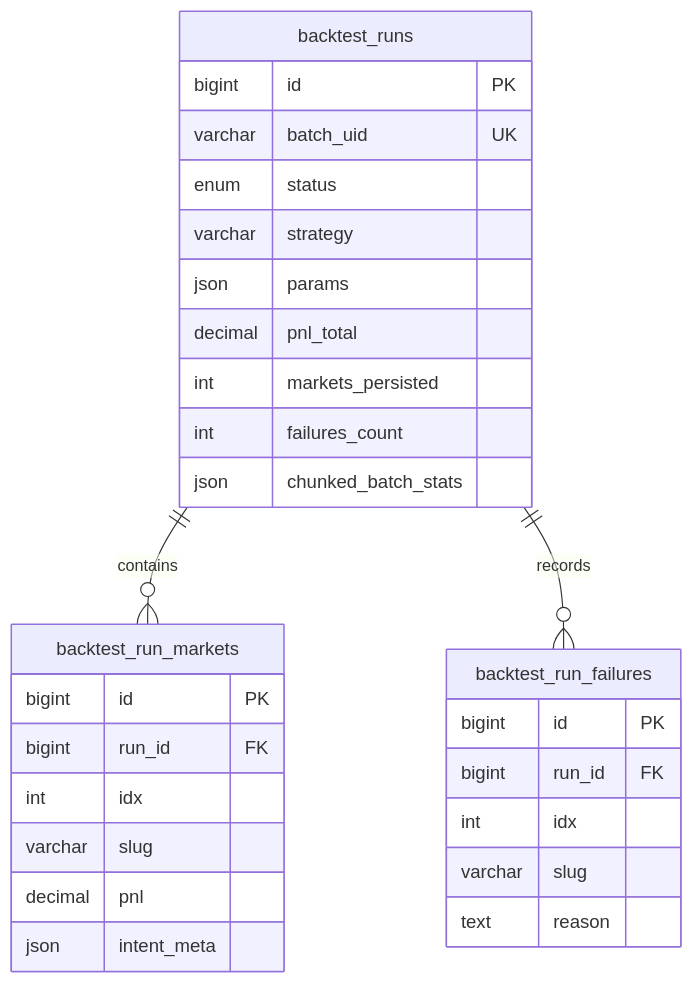
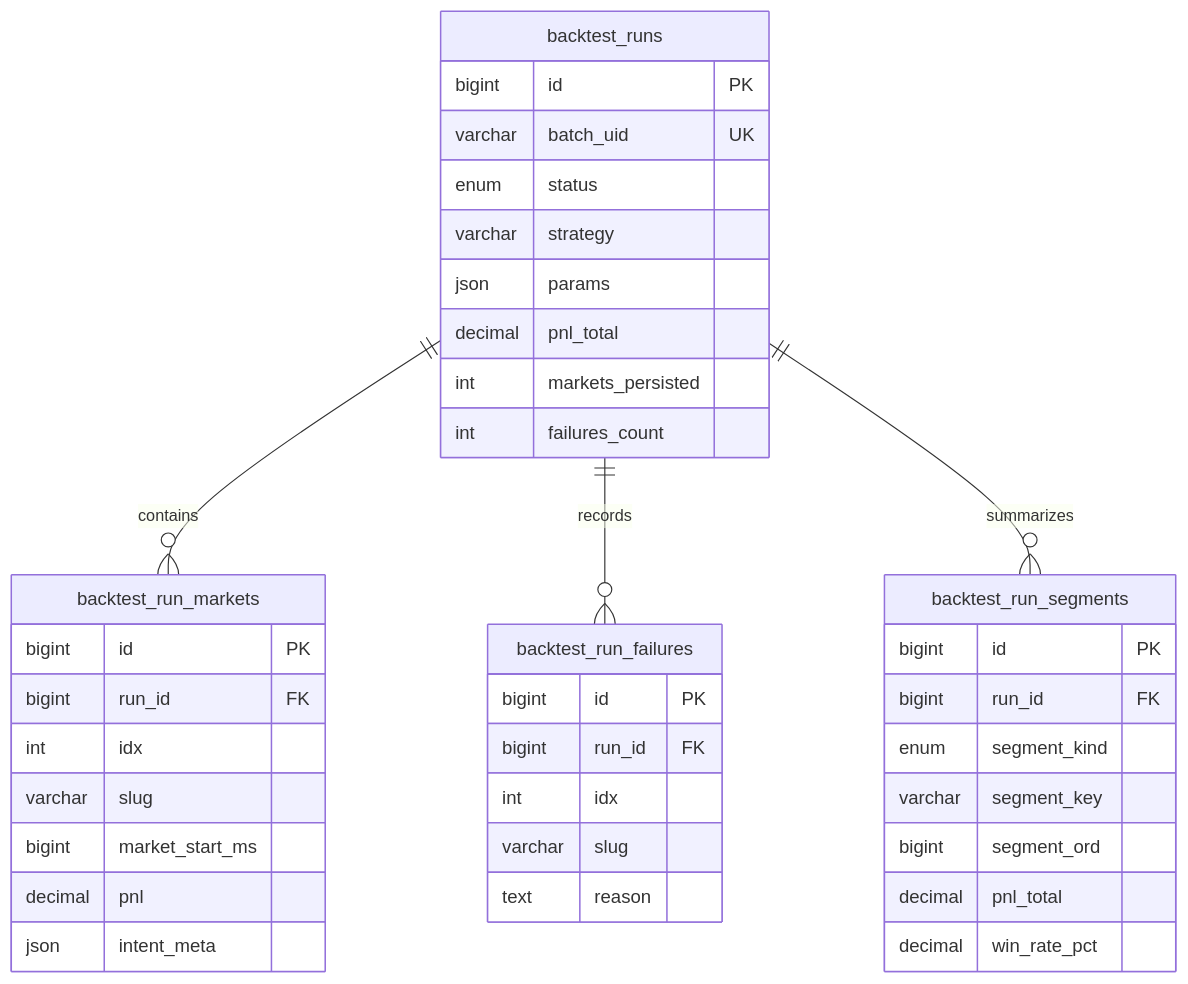
One commit to ivanmijatovic89/polymarket-bot changed the diagram in docs/backtest/statistics/result-storage.md. Above: the diagram before and after it, drawn with Mermaid. The commit also changed other lines of this file and 14 other files, not shown here.

First line of the commit message:
docs: replace chunked_batch_stats docs with backtest_run_segments

````diff
--- a/docs/backtest/statistics/result-storage.md
+++ b/docs/backtest/statistics/result-storage.md
@@ -19,34 +19,45 @@
 ```mermaid
 erDiagram
   backtest_runs ||--o{ backtest_run_markets : contains
   backtest_runs ||--o{ backtest_run_failures : records
+  backtest_runs ||--o{ backtest_run_segments : summarizes
 
   backtest_runs {
     bigint id PK
     varchar batch_uid UK
     enum status
     varchar strategy
     json params
     decimal pnl_total
     int markets_persisted
     int failures_count
-    json chunked_batch_stats
   }
 
   backtest_run_markets {
     bigint id PK
     bigint run_id FK
     int idx
     varchar slug
+    bigint market_start_ms
     decimal pnl
     json intent_meta
   }
 
   backtest_run_failures {
     bigint id PK
     bigint run_id FK
     int idx
     varchar slug
     text reason
   }
+
+  backtest_run_segments {
+    bigint id PK
+    bigint run_id FK
+    enum segment_kind
+    varchar segment_key
+    bigint segment_ord
+    decimal pnl_total
+    decimal win_rate_pct
+  }
 ```
````
